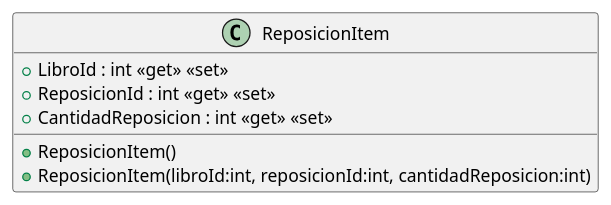
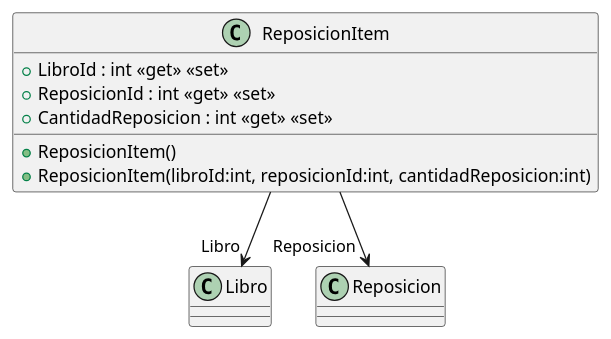
The diagram in src/AppForSEII.API/ClassDiagram/ReposicionItem.puml (ISII2627DDNProject/ISII2627DDNProject), drawn with PlantUML before and after one commit. The commit also changed 6 other files, not shown here.

```diff
--- a/src/AppForSEII.API/ClassDiagram/ReposicionItem.puml
+++ b/src/AppForSEII.API/ClassDiagram/ReposicionItem.puml
@@ -1,9 +1,11 @@
 @startuml
 class ReposicionItem {
     + ReposicionItem()
     + ReposicionItem(libroId:int, reposicionId:int, cantidadReposicion:int)
     + LibroId : int <<get>> <<set>>
     + ReposicionId : int <<get>> <<set>>
     + CantidadReposicion : int <<get>> <<set>>
 }
+ReposicionItem --> "Libro" Libro
+ReposicionItem --> "Reposicion" Reposicion
 @enduml
```
